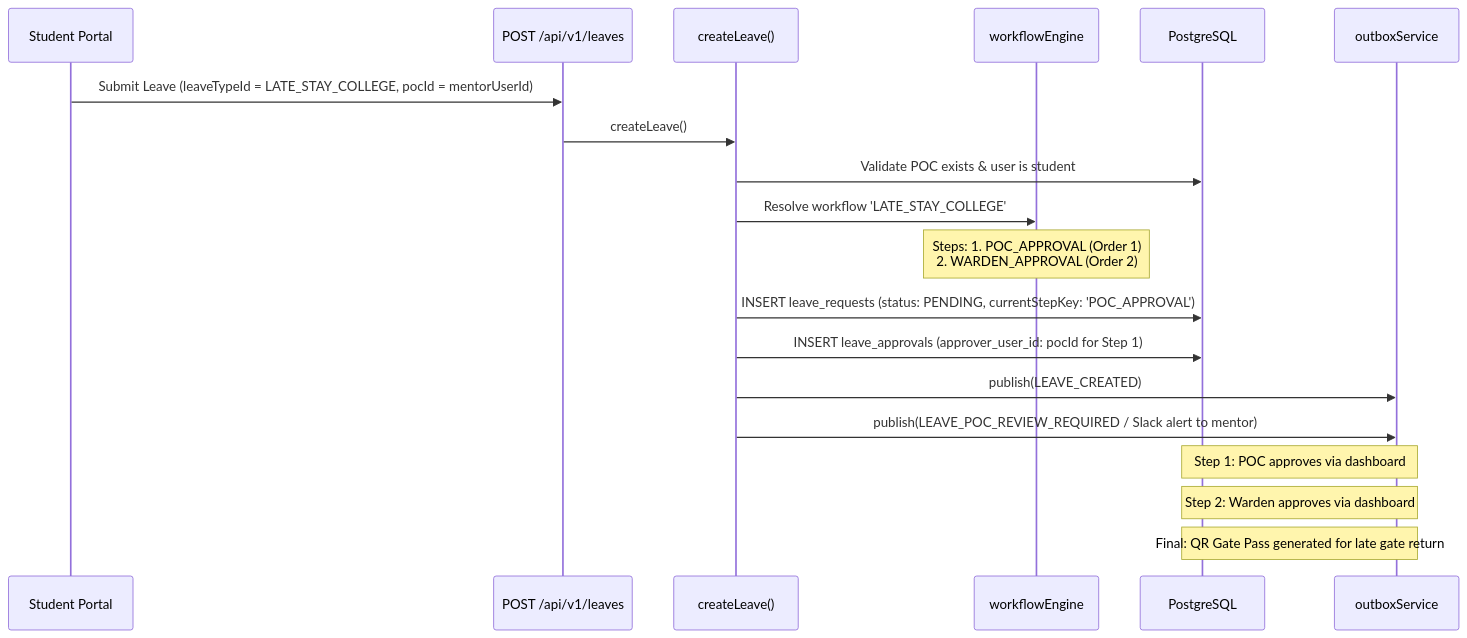
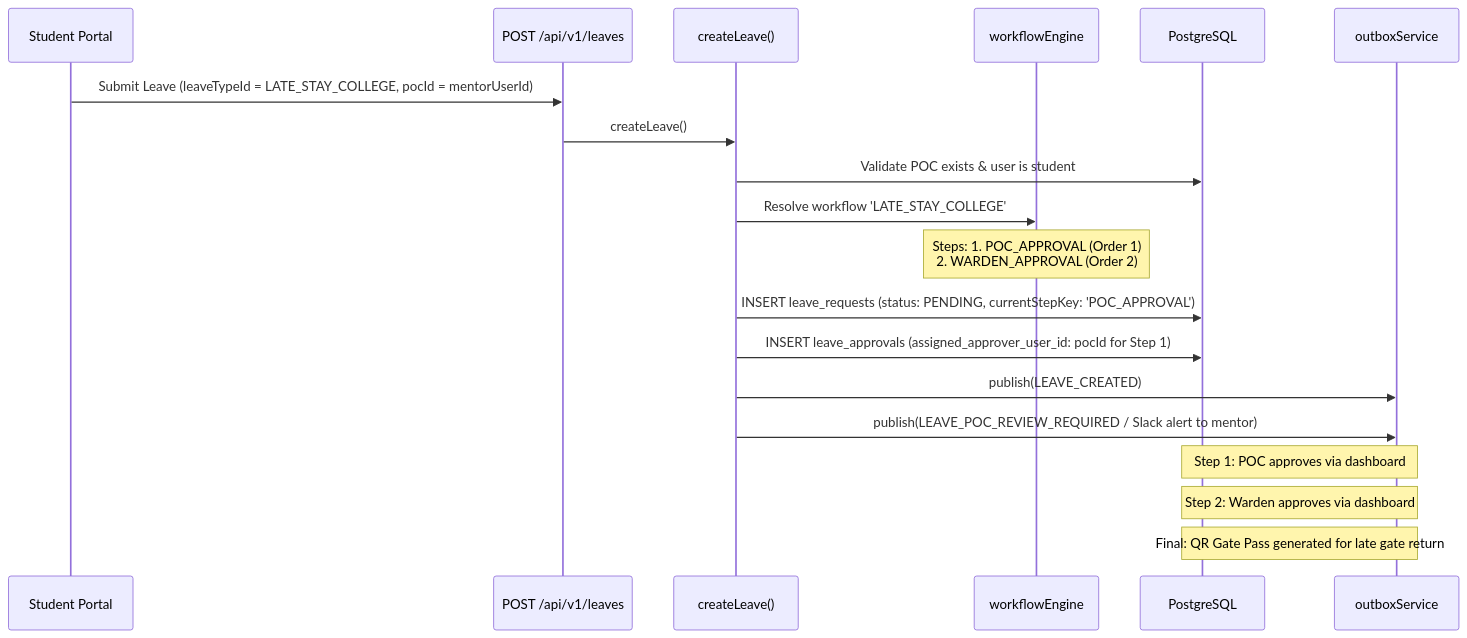
One commit to Scaler-Innovation-Labs/SST-Hostel-Leave changed the first of 2 diagrams in docs/architecture/11-recurring-late-stay.md. Above: the diagram before and after it, drawn with Mermaid. The commit also changed 3 other files, not shown here.

````diff
--- a/docs/architecture/11-recurring-late-stay.md
+++ b/docs/architecture/11-recurring-late-stay.md
@@ -33,25 +33,25 @@
 ```mermaid
 sequenceDiagram
     participant Student as Student Portal
     participant Route as POST /api/v1/leaves
     participant Svc as createLeave()
     participant Workflow as workflowEngine
     participant DB as PostgreSQL
     participant Outbox as outboxService
 
     Student->>Route: Submit Leave (leaveTypeId = LATE_STAY_COLLEGE, pocId = mentorUserId)
     Route->>Svc: createLeave()
     
     Svc->>DB: Validate POC exists & user is student
     Svc->>Workflow: Resolve workflow 'LATE_STAY_COLLEGE'
     Note over Workflow: Steps: 1. POC_APPROVAL (Order 1)<br/>2. WARDEN_APPROVAL (Order 2)
 
     Svc->>DB: INSERT leave_requests (status: PENDING, currentStepKey: 'POC_APPROVAL')
-    Svc->>DB: INSERT leave_approvals (approver_user_id: pocId for Step 1)
+    Svc->>DB: INSERT leave_approvals (assigned_approver_user_id: pocId for Step 1)
     Svc->>Outbox: publish(LEAVE_CREATED)
     Svc->>Outbox: publish(LEAVE_POC_REVIEW_REQUIRED / Slack alert to mentor)
 
     Note over DB,Outbox: Step 1: POC approves via dashboard
     Note over DB,Outbox: Step 2: Warden approves via dashboard
     Note over DB,Outbox: Final: QR Gate Pass generated for late gate return
 ```
````
